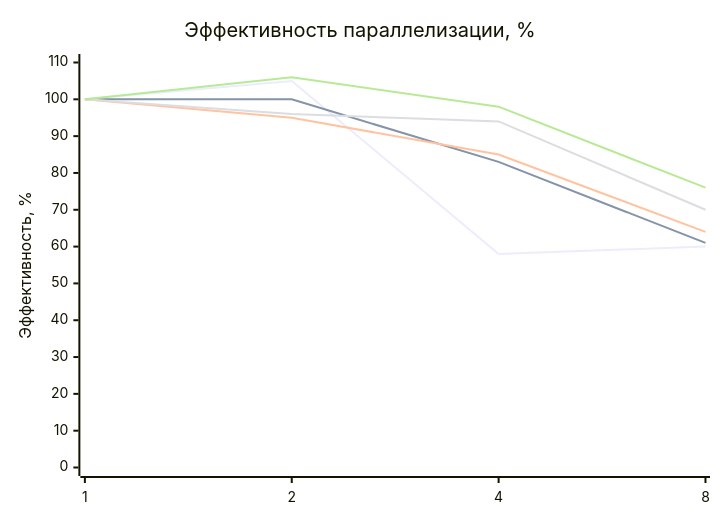
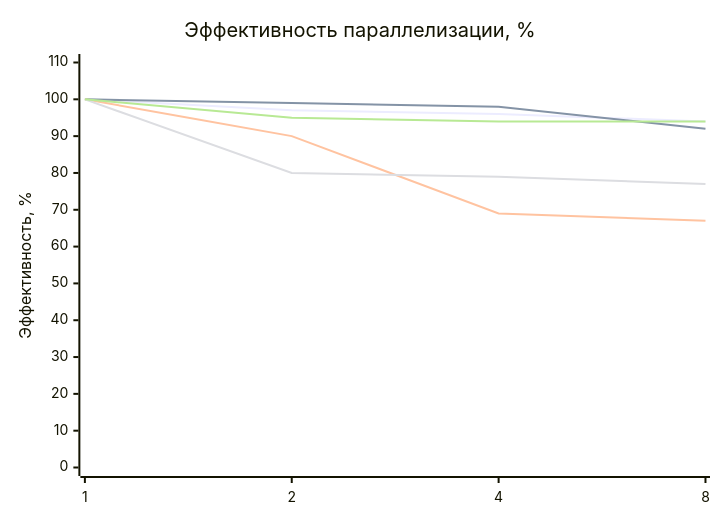
The fifth of 5 diagrams in README.md (sanek4338/Parallelnoe_Programming), drawn with Mermaid before and after one commit. The commit also changed other lines of this file and 1 other file, not shown here.

````diff
--- a/README.md
+++ b/README.md
@@ -176,11 +134,11 @@
 ```mermaid
 xychart-beta
     title "Эффективность параллелизации, %"
     x-axis [1, 2, 4, 8]
     y-axis "Эффективность, %" 0 --> 110
-    line "N=200" [100, 105, 58, 60]
-    line "N=400" [100, 100, 83, 61]
-    line "N=800" [100, 95, 85, 64]
-    line "N=1200" [100, 96, 94, 70]
-    line "N=1600" [100, 106, 98, 76]
+    line "N=200" [100, 97, 96, 94]
+    line "N=400" [100, 99, 98, 92]
+    line "N=800" [100, 90, 69, 67]
+    line "N=1200" [100, 80, 79, 77]
+    line "N=1600" [100, 95, 94, 94]
 ```
````
